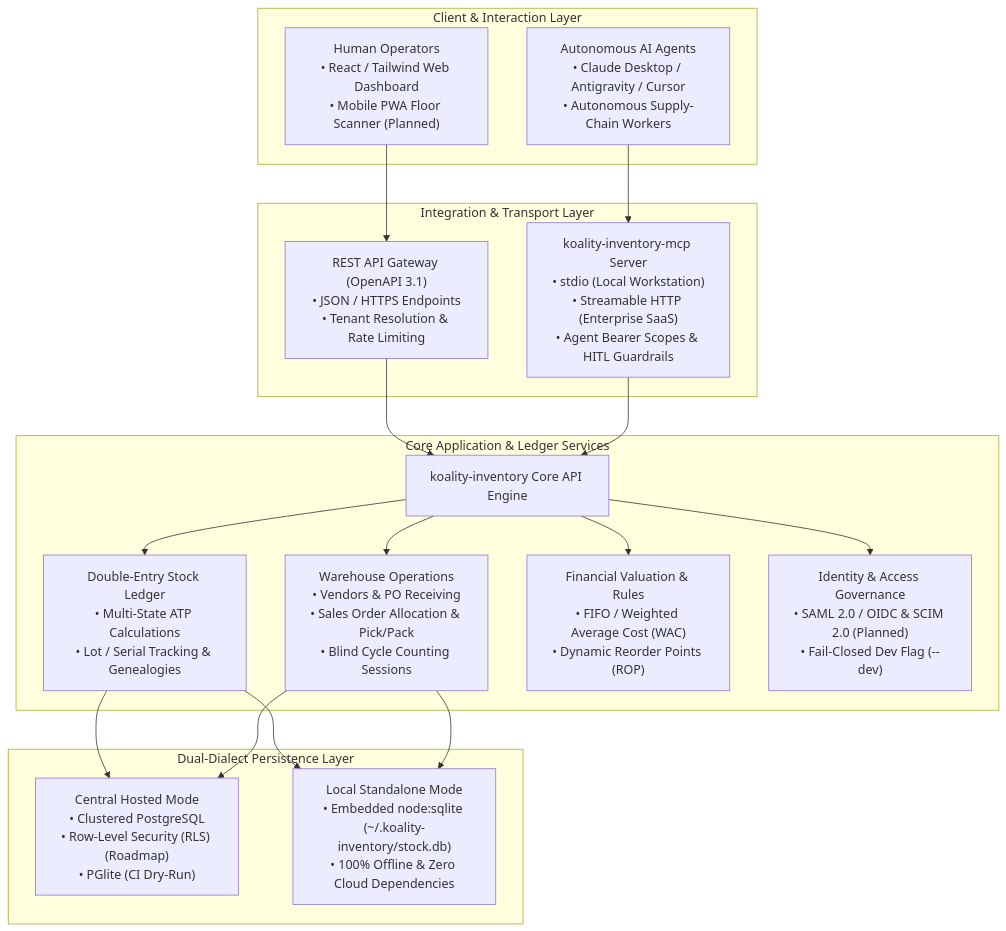
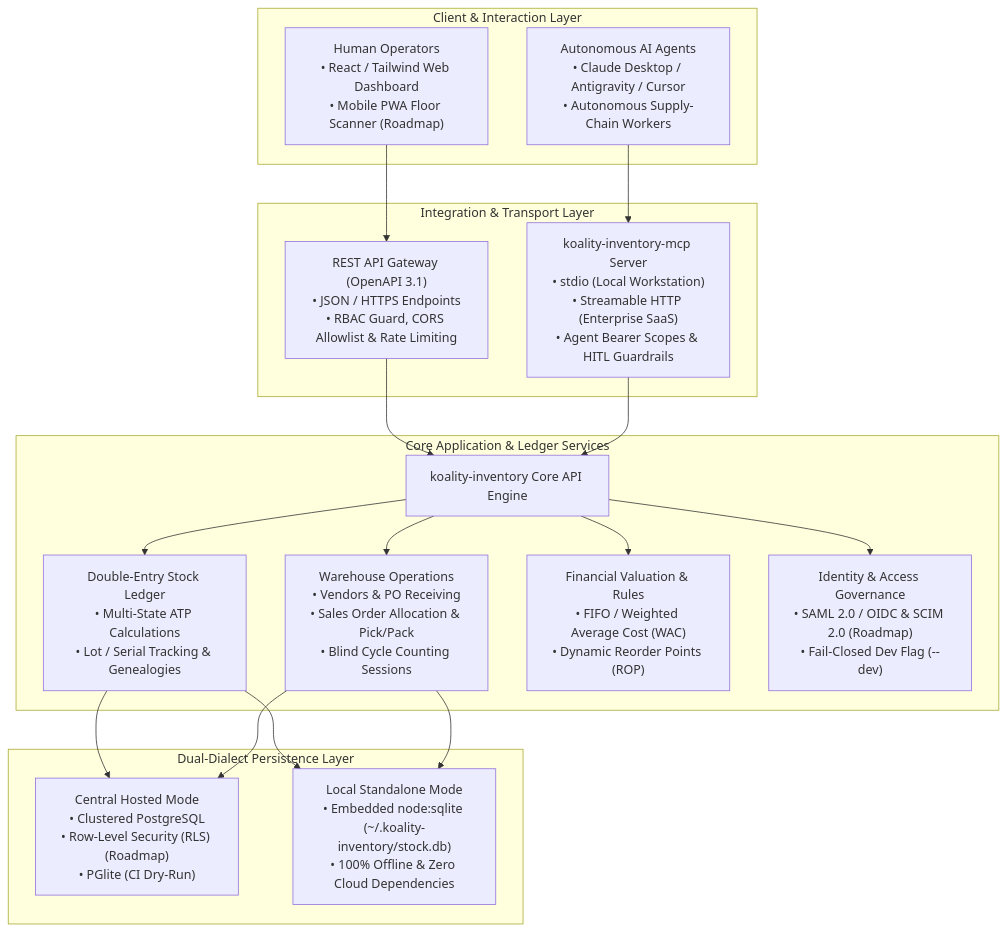
One commit to Koality-Assured/koality-inventory changed the diagram in README.md. Above: the diagram before and after it, drawn with Mermaid. The commit also changed other lines of this file and 7 other files, not shown here.

First line of the commit message:
fix(api): deny-by-default route policy, per-instance rate limits, CORS allowlist, OpenAPI from policy

````diff
--- a/README.md
+++ b/README.md
@@ -29,40 +29,40 @@
 ```mermaid
 flowchart TD
     subgraph ClientLayer ["Client & Interaction Layer"]
-        HumanUI["Human Operators<br/>• React / Tailwind Web Dashboard<br/>• Mobile PWA Floor Scanner (Planned)"]
+        HumanUI["Human Operators<br/>• React / Tailwind Web Dashboard<br/>• Mobile PWA Floor Scanner (Roadmap)"]
         Agents["Autonomous AI Agents<br/>• Claude Desktop / Antigravity / Cursor<br/>• Autonomous Supply-Chain Workers"]
     end
 
     subgraph IntegrationLayer ["Integration & Transport Layer"]
-        Gateway["REST API Gateway (OpenAPI 3.1)<br/>• JSON / HTTPS Endpoints<br/>• Tenant Resolution & Rate Limiting"]
+        Gateway["REST API Gateway (OpenAPI 3.1)<br/>• JSON / HTTPS Endpoints<br/>• RBAC Guard, CORS Allowlist & Rate Limiting"]
         MCPServer["koality-inventory-mcp Server<br/>• stdio (Local Workstation)<br/>• Streamable HTTP (Enterprise SaaS)<br/>• Agent Bearer Scopes & HITL Guardrails"]
     end
 
     subgraph CoreEngine ["Core Application & Ledger Services"]
         API["koality-inventory Core API Engine"]
         Ledger["Double-Entry Stock Ledger<br/>• Multi-State ATP Calculations<br/>• Lot / Serial Tracking & Genealogies"]
         Ops["Warehouse Operations<br/>• Vendors & PO Receiving<br/>• Sales Order Allocation & Pick/Pack<br/>• Blind Cycle Counting Sessions"]
         Valuation["Financial Valuation & Rules<br/>• FIFO / Weighted Average Cost (WAC)<br/>• Dynamic Reorder Points (ROP)"]
-        AuthModule["Identity & Access Governance<br/>• SAML 2.0 / OIDC & SCIM 2.0 (Planned)<br/>• Fail-Closed Dev Flag (--dev)"]
+        AuthModule["Identity & Access Governance<br/>• SAML 2.0 / OIDC & SCIM 2.0 (Roadmap)<br/>• Fail-Closed Dev Flag (--dev)"]
     end
 
     subgraph StorageLayer ["Dual-Dialect Persistence Layer"]
         PG["Central Hosted Mode<br/>• Clustered PostgreSQL<br/>• Row-Level Security (RLS) (Roadmap)<br/>• PGlite (CI Dry-Run)"]
         SQLite["Local Standalone Mode<br/>• Embedded node:sqlite (~/.koality-inventory/stock.db)<br/>• 100% Offline & Zero Cloud Dependencies"]
     end
 
     HumanUI --> Gateway
     Agents --> MCPServer
     Gateway --> API
     MCPServer --> API
 
     API --> Ledger
     API --> Ops
     API --> Valuation
     API --> AuthModule
 
     Ledger --> PG
     Ledger --> SQLite
     Ops --> PG
     Ops --> SQLite
 ```
````
